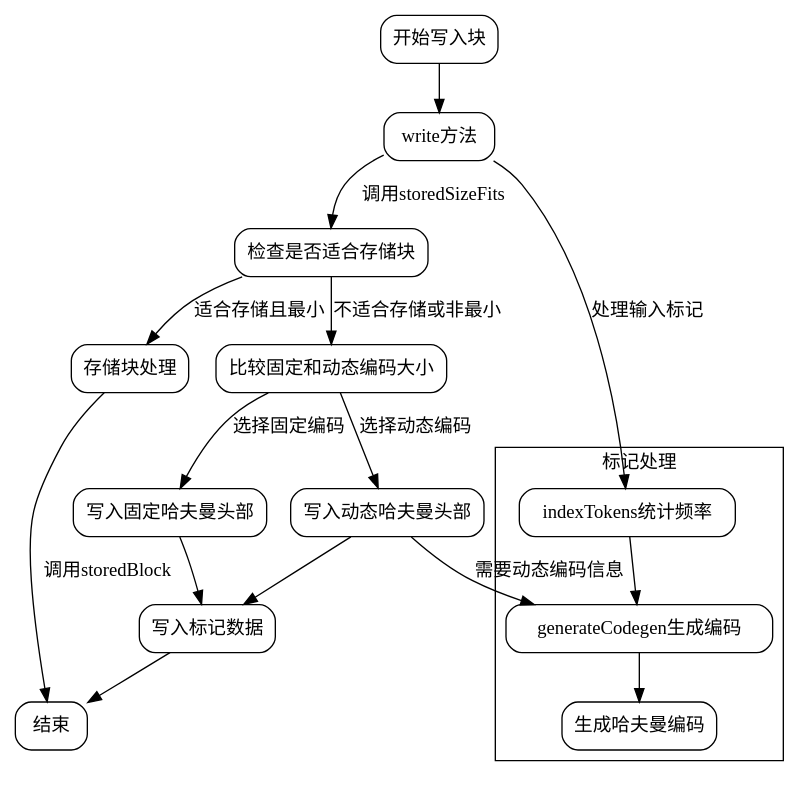
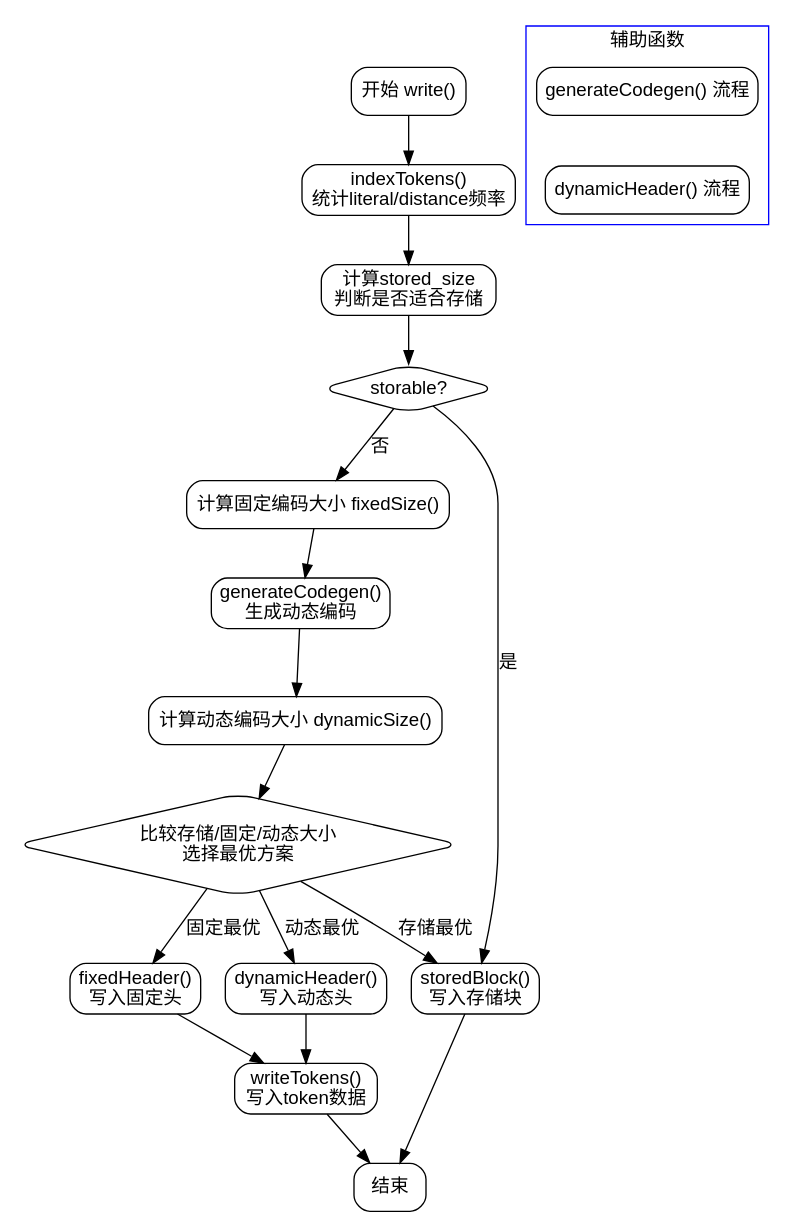
One commit to sdzx-1/deepseek-zig-reader changed the diagram in dot_std/compress/flate/block_writer.zig.BlockWriter.md. Above: the diagram before and after it, drawn with Graphviz. The commit also changed other lines of this file and 236 other files, not shown here.

````diff
--- a/dot_std/compress/flate/block_writer.zig.BlockWriter.md
+++ b/dot_std/compress/flate/block_writer.zig.BlockWriter.md
@@ -21,40 +38,49 @@
-```dot
-digraph BlockWriterFlowchart {
-    node [shape=rectangle, style=rounded];
+```graphviz
+digraph BlockWriterFlow {
+    node [shape=rectangle, style="rounded", fontname="Arial"];
+    edge [fontname="Arial"];
 
-    start [label="开始写入块"];
-    write_method [label="write方法"];
-    check_storable [label="检查是否适合存储块"];
-    stored_block [label="存储块处理"];
-    compare_sizes [label="比较固定和动态编码大小"];
-    fixed_header [label="写入固定哈夫曼头部"];
-    dynamic_header [label="写入动态哈夫曼头部"];
-    write_tokens [label="写入标记数据"];
+    start [label="开始 write()"];
+    index_tokens [label="indexTokens()\n统计literal/distance频率"];
+    check_storable [label="计算stored_size\n判断是否适合存储"];
+    is_storable [label="storable?" shape=diamond];
+    calc_fixed [label="计算固定编码大小 fixedSize()"];
+    generate_codegen [label="generateCodegen()\n生成动态编码"];
+    calc_dynamic [label="计算动态编码大小 dynamicSize()"];
+    compare_sizes [label="比较存储/固定/动态大小\n选择最优方案" shape=diamond];
+    write_stored [label="storedBlock()\n写入存储块"];
+    write_fixed [label="fixedHeader()\n写入固定头"];
+    write_dynamic [label="dynamicHeader()\n写入动态头"];
+    write_tokens [label="writeTokens()\n写入token数据"];
     end [label="结束"];
 
-    start -> write_method;
-    write_method -> check_storable [label="调用storedSizeFits"];
-    check_storable -> stored_block [label="适合存储且最小"];
-    check_storable -> compare_sizes [label="不适合存储或非最小"];
-    stored_block -> end [label="调用storedBlock"];
-
-    compare_sizes -> fixed_header [label="选择固定编码"];
-    compare_sizes -> dynamic_header [label="选择动态编码"];
-    fixed_header -> write_tokens;
-    dynamic_header -> write_tokens;
+    start -> index_tokens;
+    index_tokens -> check_storable;
+    check_storable -> is_storable;
+    
+    is_storable -> write_stored [label="是"];
+    is_storable -> calc_fixed [label="否"];
+    
+    calc_fixed -> generate_codegen;
+    generate_codegen -> calc_dynamic;
+    calc_dynamic -> compare_sizes;
+    
+    compare_sizes -> write_stored [label="存储最优"];
+    compare_sizes -> write_fixed [label="固定最优"];
+    compare_sizes -> write_dynamic [label="动态最优"];
+    
+    write_stored -> end;
+    write_fixed -> write_tokens;
+    write_dynamic -> write_tokens;
     write_tokens -> end;
 
-    subgraph cluster_indexing {
-        label="标记处理";
-        index_tokens [label="indexTokens统计频率"];
-        generate_codegen [label="generateCodegen生成编码"];
-        generate_huffman [label="生成哈夫曼编码"];
-        
-        index_tokens -> generate_codegen;
-        generate_codegen -> generate_huffman;
+    subgraph cluster_helpers {
+        label="辅助函数";
+        color=blue;
+        generate_codegen_sub [label="generateCodegen() 流程"];
+        dynamic_header_sub [label="dynamicHeader() 流程"];
     }
 
-    write_method -> index_tokens [label="处理输入标记"];
-    dynamic_header -> generate_codegen [label="需要动态编码信息"];
+    generate_codegen_sub -> dynamic_header_sub [style=invis];
 }
 ```
````
